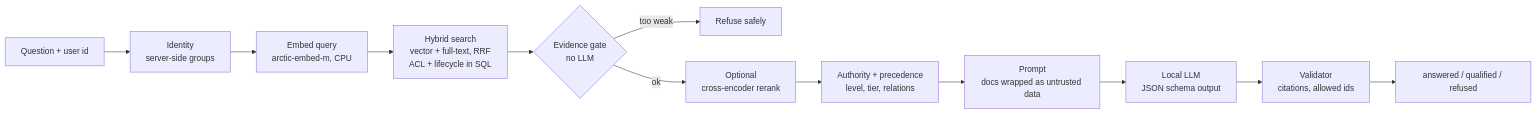
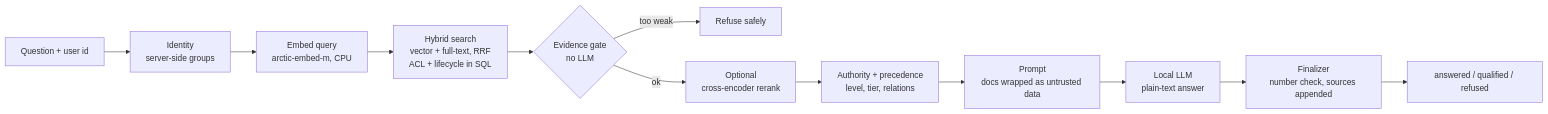
One commit to khali70/production-rag changed the diagram in README.md. Above: the diagram before and after it, drawn with Mermaid. The commit also changed other lines of this file and 19 other files, not shown here.

````diff
--- a/README.md
+++ b/README.md
@@ -51,14 +51,14 @@
 ```mermaid
 flowchart LR
     Q[Question + user id] --> I[Identity<br/>server-side groups]
     I --> E[Embed query<br/>arctic-embed-m, CPU]
     E --> S[Hybrid search<br/>vector + full-text, RRF<br/>ACL + lifecycle in SQL]
     S --> G{Evidence gate<br/>no LLM}
     G -- too weak --> R[Refuse safely]
     G -- ok --> RR[Optional<br/>cross-encoder rerank]
     RR --> A[Authority + precedence<br/>level, tier, relations]
     A --> P[Prompt<br/>docs wrapped as untrusted data]
-    P --> L[Local LLM<br/>JSON schema output]
-    L --> V[Validator<br/>citations, allowed ids]
+    P --> L[Local LLM<br/>plain-text answer]
+    L --> V[Finalizer<br/>number check, sources appended]
     V --> OUT[answered / qualified / refused]
 ```
````
